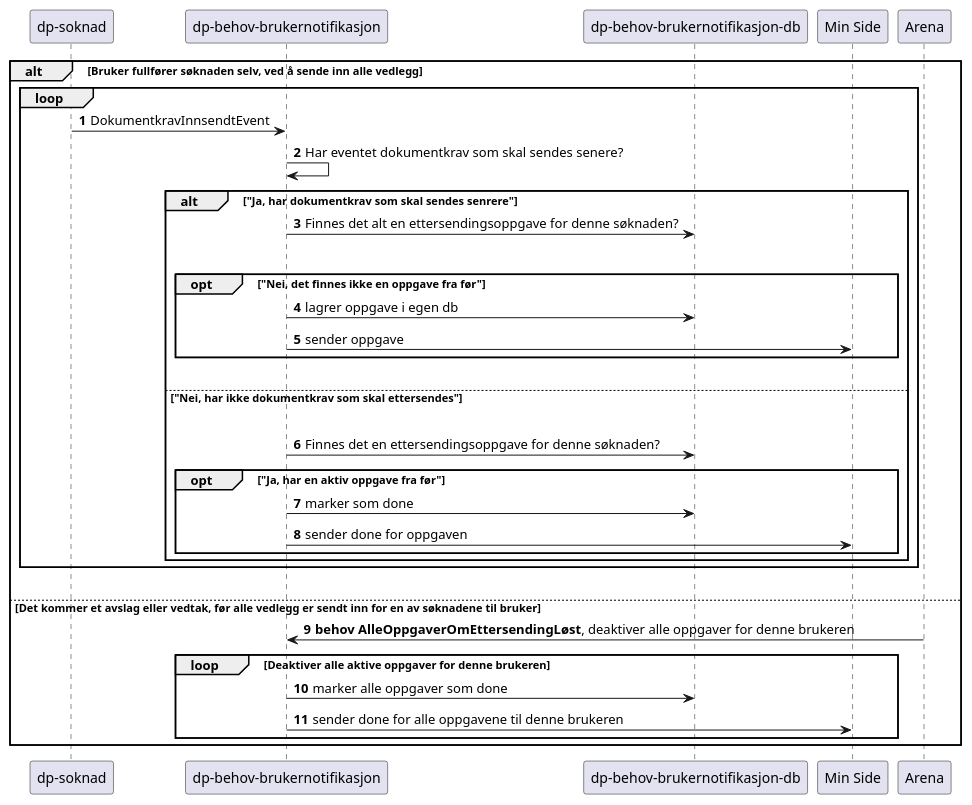
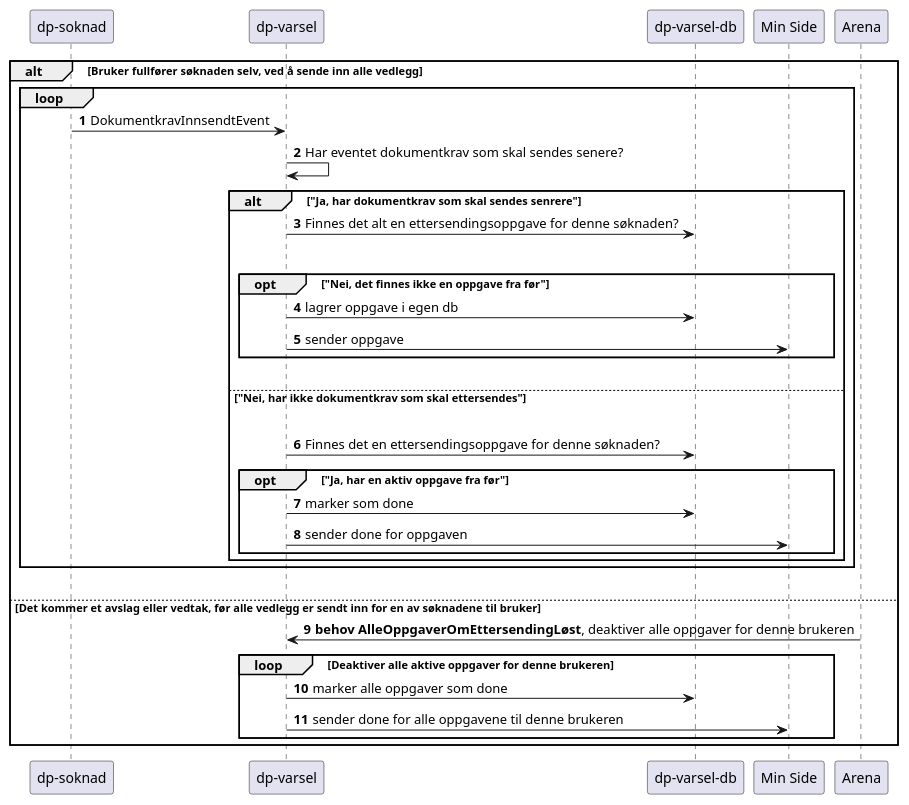
Before and after one commit to navikt/dp-varsel: the diagram in docs/flytForOppgaveVedEttersending.puml, drawn with PlantUML. The commit also changed 5 other files, not shown here.

```diff
--- a/docs/flytForOppgaveVedEttersending.puml
+++ b/docs/flytForOppgaveVedEttersending.puml
@@ -1,33 +1,33 @@
 @startuml
 
 autonumber
 alt Bruker fullfører søknaden selv, ved å sende inn alle vedlegg
 loop
-    "dp-soknad" -> "dp-behov-brukernotifikasjon": DokumentkravInnsendtEvent
-    "dp-behov-brukernotifikasjon" -> "dp-behov-brukernotifikasjon": Har eventet dokumentkrav som skal sendes senere?
+    "dp-soknad" -> "dp-varsel": DokumentkravInnsendtEvent
+    "dp-varsel" -> "dp-varsel": Har eventet dokumentkrav som skal sendes senere?
     alt "Ja, har dokumentkrav som skal sendes senrere"
-        "dp-behov-brukernotifikasjon" -> "dp-behov-brukernotifikasjon-db": Finnes det alt en ettersendingsoppgave for denne søknaden?
+        "dp-varsel" -> "dp-varsel-db": Finnes det alt en ettersendingsoppgave for denne søknaden?
         |||
         opt "Nei, det finnes ikke en oppgave fra før"
-            "dp-behov-brukernotifikasjon" -> "dp-behov-brukernotifikasjon-db": lagrer oppgave i egen db
-            "dp-behov-brukernotifikasjon" -> "Min Side": sender oppgave
+            "dp-varsel" -> "dp-varsel-db": lagrer oppgave i egen db
+            "dp-varsel" -> "Min Side": sender oppgave
         end
         |||
     else "Nei, har ikke dokumentkrav som skal ettersendes"
         |||
-        "dp-behov-brukernotifikasjon" -> "dp-behov-brukernotifikasjon-db": Finnes det en ettersendingsoppgave for denne søknaden?
+        "dp-varsel" -> "dp-varsel-db": Finnes det en ettersendingsoppgave for denne søknaden?
         opt "Ja, har en aktiv oppgave fra før"
-            "dp-behov-brukernotifikasjon" -> "dp-behov-brukernotifikasjon-db": marker som done
-            "dp-behov-brukernotifikasjon" -> "Min Side": sender done for oppgaven
+            "dp-varsel" -> "dp-varsel-db": marker som done
+            "dp-varsel" -> "Min Side": sender done for oppgaven
         end
     end
 end
 |||
 else Det kommer et avslag eller vedtak, før alle vedlegg er sendt inn for en av søknadene til bruker
-    "Arena" -> "dp-behov-brukernotifikasjon": **behov AlleOppgaverOmEttersendingLøst**, deaktiver alle oppgaver for denne brukeren
+    "Arena" -> "dp-varsel": **behov AlleOppgaverOmEttersendingLøst**, deaktiver alle oppgaver for denne brukeren
     loop Deaktiver alle aktive oppgaver for denne brukeren
-        "dp-behov-brukernotifikasjon" -> "dp-behov-brukernotifikasjon-db": marker alle oppgaver som done
-        "dp-behov-brukernotifikasjon" -> "Min Side": sender done for alle oppgavene til denne brukeren
+        "dp-varsel" -> "dp-varsel-db": marker alle oppgaver som done
+        "dp-varsel" -> "Min Side": sender done for alle oppgavene til denne brukeren
     end
 end
 @enduml
```
